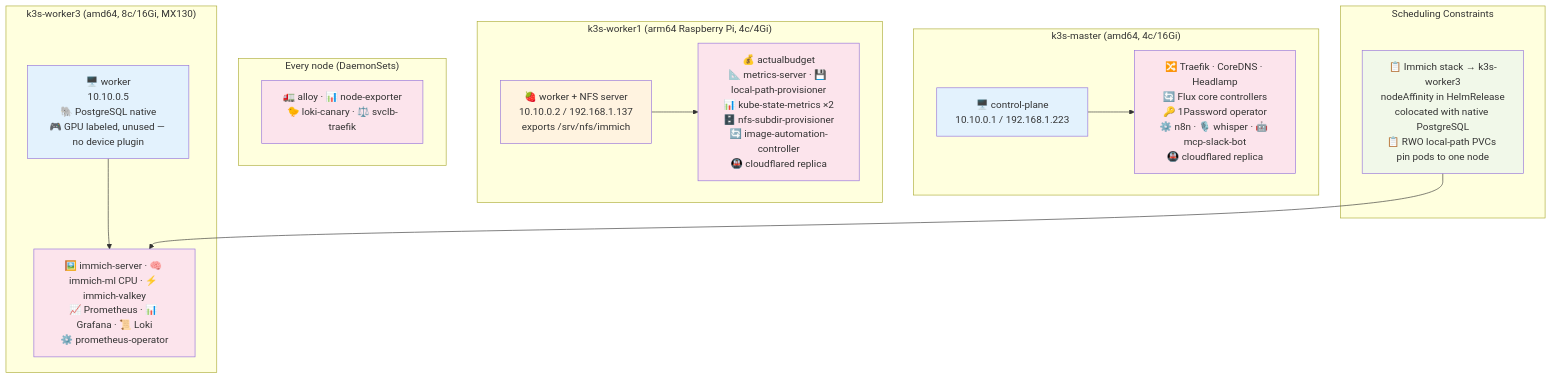
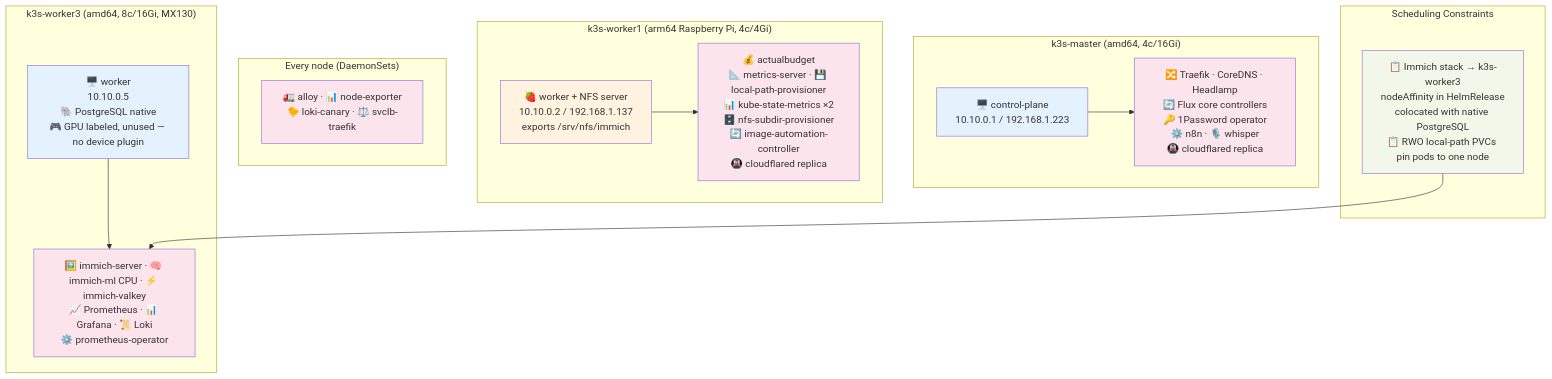
The sixth of 6 diagrams in docs/architecture-diagrams.md (yuandrk/homelabops), drawn with Mermaid before and after one commit. The commit also changed other lines of this file and 15 other files, not shown here.

First line of the commit message:
chore(apps): remove stirling-pdf and mcp-slack-bot

````diff
--- a/docs/architecture-diagrams.md
+++ b/docs/architecture-diagrams.md
@@ -369,40 +367,40 @@
 ```mermaid
 graph TB
     subgraph "k3s-master (amd64, 4c/16Gi)"
         MasterNode[🖥️ control-plane<br/>10.10.0.1 / 192.168.1.223]
-        MasterWork[🔀 Traefik · CoreDNS · Headlamp<br/>🔄 Flux core controllers<br/>🔑 1Password operator<br/>⚙️ n8n · 🎙️ whisper · 🤖 mcp-slack-bot<br/>🚇 cloudflared replica]
+        MasterWork[🔀 Traefik · CoreDNS · Headlamp<br/>🔄 Flux core controllers<br/>🔑 1Password operator<br/>⚙️ n8n · 🎙️ whisper<br/>🚇 cloudflared replica]
     end
 
     subgraph "k3s-worker1 (arm64 Raspberry Pi, 4c/4Gi)"
         Worker1Node[🍓 worker + NFS server<br/>10.10.0.2 / 192.168.1.137<br/>exports /srv/nfs/immich]
         Worker1Work[💰 actualbudget<br/>📐 metrics-server · 💾 local-path-provisioner<br/>📊 kube-state-metrics ×2<br/>🗄️ nfs-subdir-provisioner<br/>🔄 image-automation-controller<br/>🚇 cloudflared replica]
     end
 
     subgraph "k3s-worker3 (amd64, 8c/16Gi, MX130)"
         Worker3Node[🖥️ worker<br/>10.10.0.5<br/>🐘 PostgreSQL native<br/>🎮 GPU labeled, unused — no device plugin]
         Worker3Work[🖼️ immich-server · 🧠 immich-ml CPU · ⚡ immich-valkey<br/>📈 Prometheus · 📊 Grafana · 📜 Loki<br/>⚙️ prometheus-operator]
     end
 
     subgraph "Every node (DaemonSets)"
         DS[🚛 alloy · 📊 node-exporter<br/>🐤 loki-canary · ⚖️ svclb-traefik]
     end
 
     subgraph "Scheduling Constraints"
         Affinity[📋 Immich stack → k3s-worker3<br/>nodeAffinity in HelmRelease<br/>colocated with native PostgreSQL<br/>📋 RWO local-path PVCs pin pods to one node]
     end
 
     MasterNode --> MasterWork
     Worker1Node --> Worker1Work
     Worker3Node --> Worker3Work
     Affinity --> Worker3Work
 
     classDef amd64 fill:#e3f2fd
     classDef arm64 fill:#fff3e0
     classDef workload fill:#fce4ec
     classDef rule fill:#f1f8e9
 
     class MasterNode,Worker3Node amd64
     class Worker1Node arm64
     class MasterWork,Worker1Work,Worker3Work,DS workload
     class Affinity rule
 ```
````
